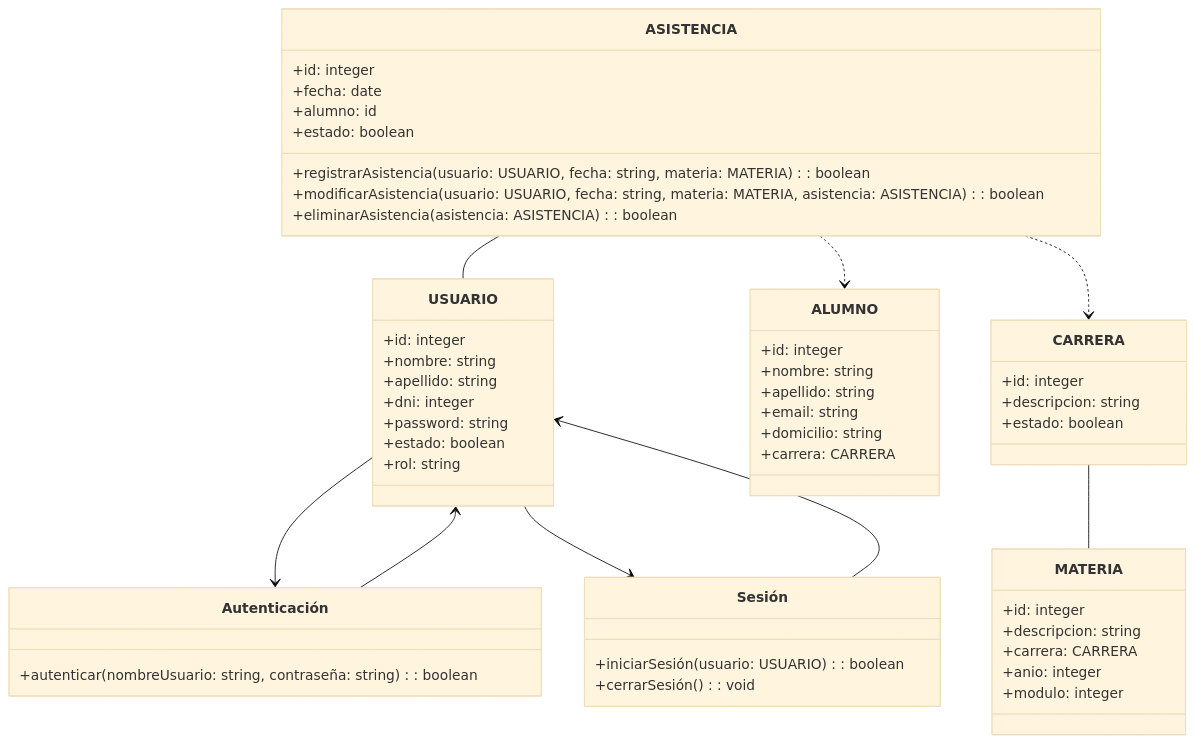
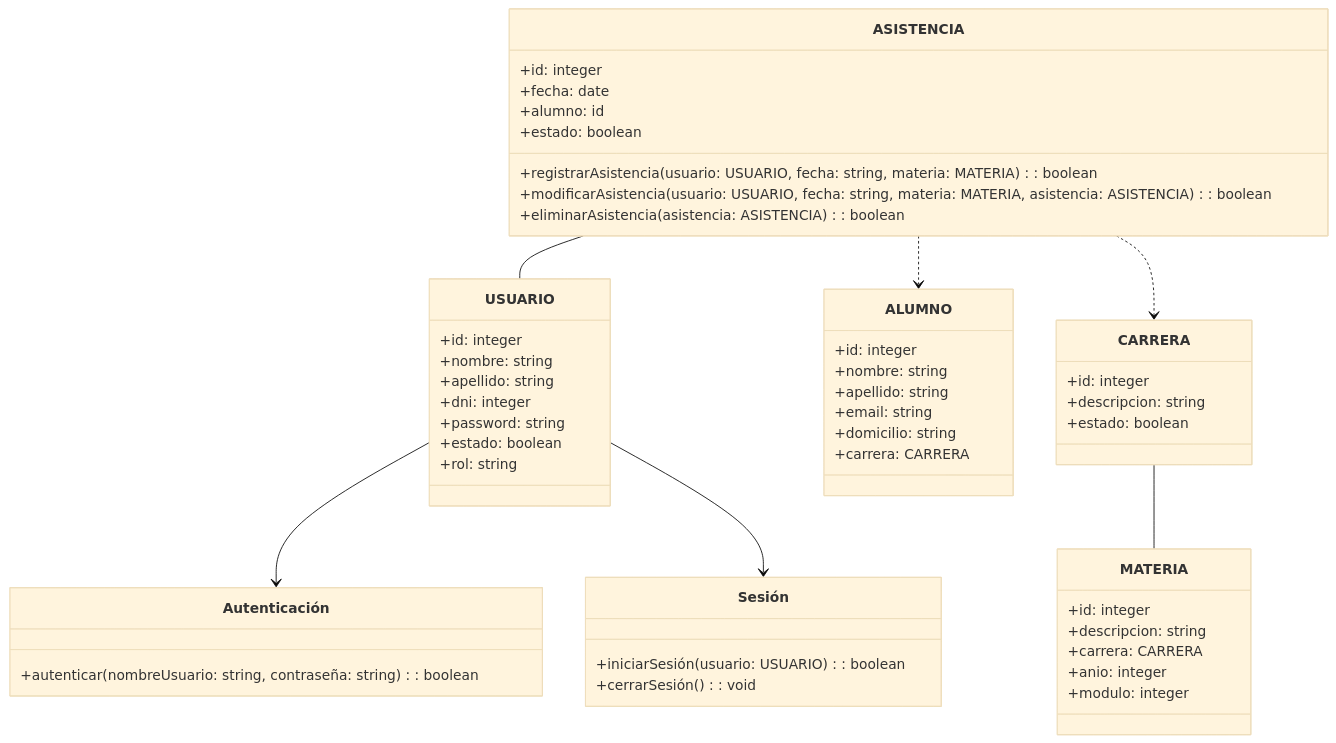
One commit to JuanTiseira/ingenieria-de-software-2023 changed the third of 3 diagrams in docs/iteracion1/dp.md. Above: the diagram before and after it, drawn with Mermaid (base theme). The commit also changed other lines of this file, not shown here.

Commit message:
se modificaron los diagramas

````diff
--- a/docs/iteracion1/dp.md
+++ b/docs/iteracion1/dp.md
@@ -97,56 +97,54 @@
 ```mermaid
 classDiagram
     class CARRERA {
         +id: integer
         +descripcion: string
         +estado: boolean
     }
     class MATERIA {
         +id: integer
         +descripcion: string
         +carrera: CARRERA
         +anio: integer
         +modulo: integer
     }
     class ALUMNO {
         +id: integer
         +nombre: string
         +apellido: string
         +email: string
         +domicilio: string
         +carrera: CARRERA
     }
     class ASISTENCIA {
         +id: integer
         +fecha: date
         +alumno: id
         +estado: boolean
         +registrarAsistencia(usuario: USUARIO, fecha: string, materia: MATERIA): boolean
         +modificarAsistencia(usuario: USUARIO, fecha: string, materia: MATERIA, asistencia: ASISTENCIA): boolean
         +eliminarAsistencia(asistencia: ASISTENCIA): boolean
     }
     class USUARIO {
         +id: integer
         +nombre: string
         +apellido: string
         +dni: integer
         +password: string
         +estado: boolean
         +rol: string
     }
     class Autenticación {
         +autenticar(nombreUsuario: string, contraseña: string): boolean
     }
     class Sesión {
         +iniciarSesión(usuario: USUARIO): boolean
         +cerrarSesión(): void
     }
     ASISTENCIA ..> ALUMNO: 
     ASISTENCIA -- USUARIO: 
     USUARIO --> Autenticación: 
     USUARIO --> Sesión: 
-    Autenticación --> USUARIO: 
-    Sesión --> USUARIO: 
     ASISTENCIA ..> CARRERA
     CARRERA -- MATERIA 
 ```
````
